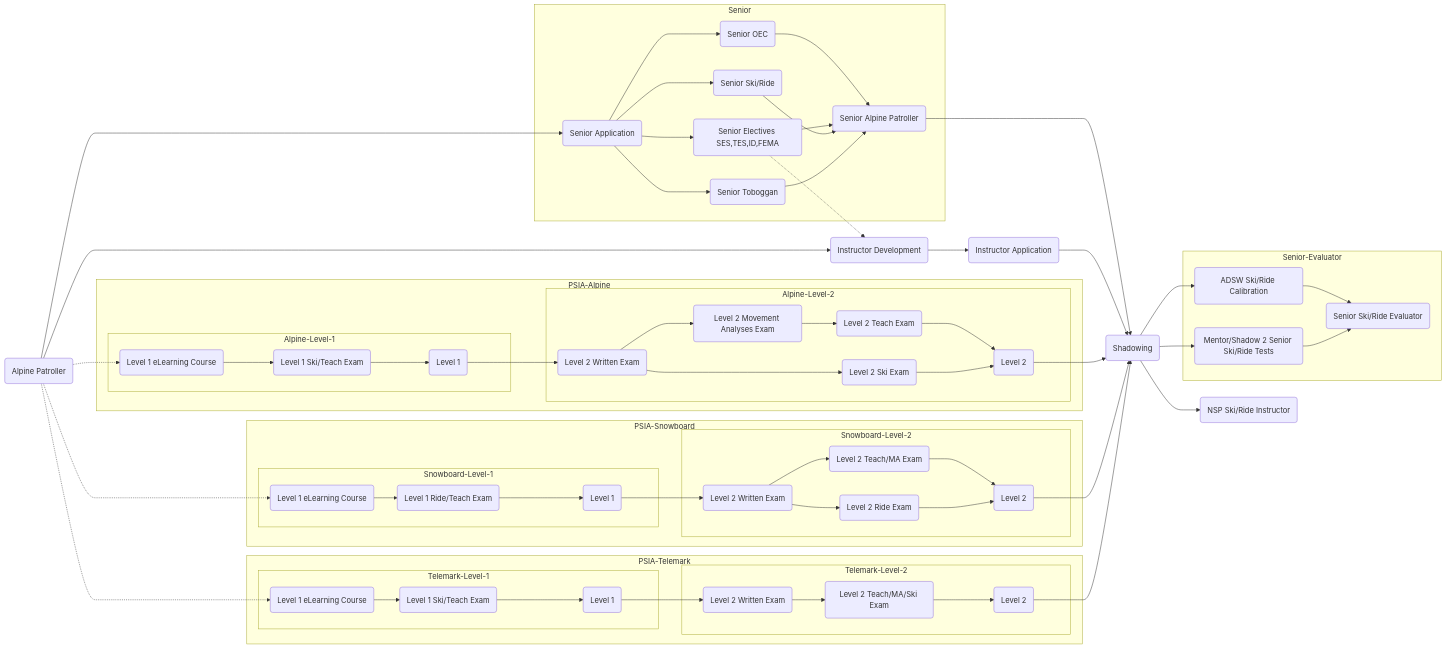
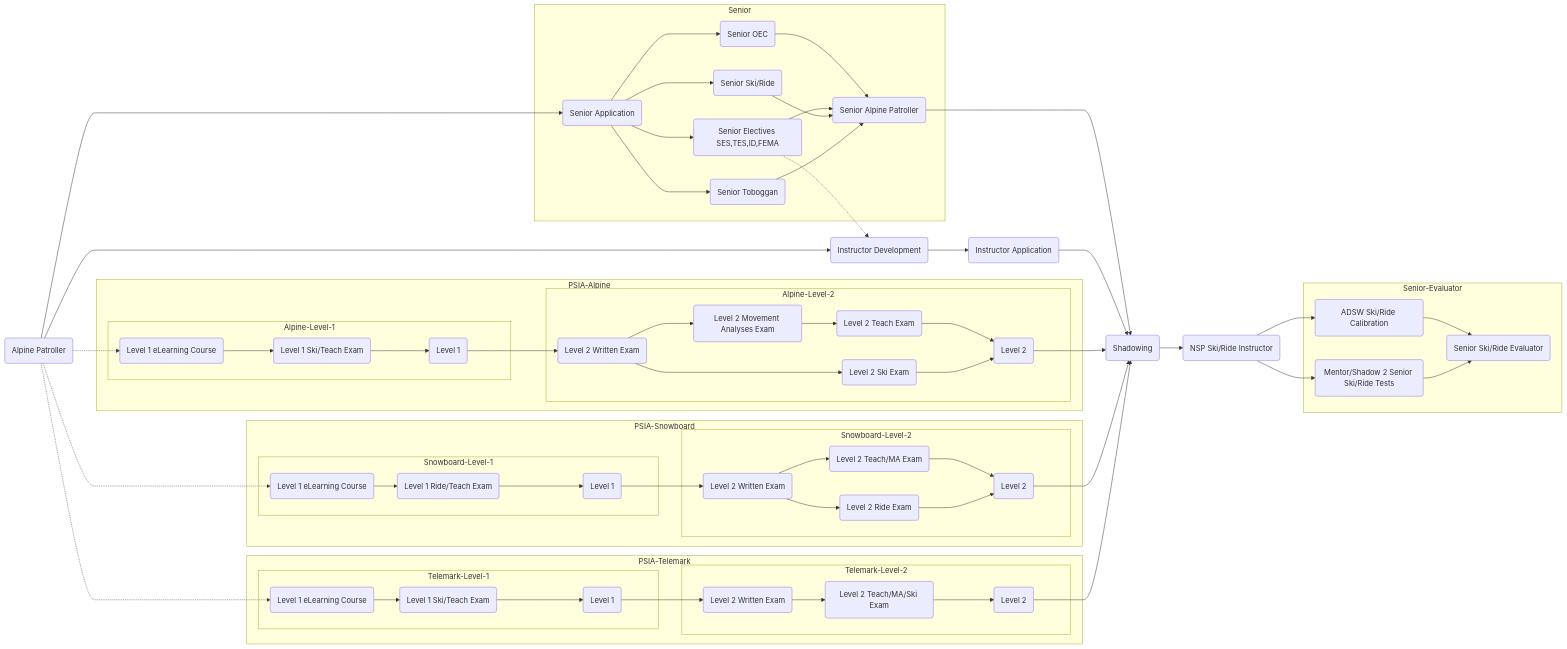
One commit to brookpatten/nsp-ohio-instructor-path changed the diagram in README.md. Above: the diagram before and after it, drawn with Mermaid.

````diff
--- a/README.md
+++ b/README.md
@@ -1,76 +1,76 @@
 ```mermaid
   flowchart LR;
       AP(Alpine Patroller) --> SPA(Senior Application);
       subgraph Senior
       SPA --> SOEC(Senior OEC);
       SPA --> SE(Senior Electives SES,TES,ID,FEMA);
       SPA --> SR(Senior Ski/Ride);
       SPA --> ST(Senior Toboggan);
       SOEC --> SP(Senior Alpine Patroller);
       SE --> SP;
       SR --> SP;
       ST --> SP;
       end
       SE -.-> ID;
       SP --> M;
       AP --> ID(Instructor Development);
       ID --> IA(Instructor Application);
       IA --> M(Shadowing);
       M --> SRI(NSP Ski/Ride Instructor);
       
       subgraph PSIA-Alpine
       subgraph Alpine-Level-1
       L1W(Level 1 eLearning Course) --> L1E(Level 1 Ski/Teach Exam);
       L1E --> L1C(Level 1);
       end
       L1C --> L2W;
       subgraph Alpine-Level-2
       L2W(Level 2 Written Exam) --> L2MA(Level 2 Movement Analyses Exam);
       L2MA --> L2T(Level 2 Teach Exam);
       L2W --> L2S(Level 2 Ski Exam);
       L2T --> L2C(Level 2);
       L2S --> L2C;
       end
       end
       
       subgraph PSIA-Snowboard
       subgraph Snowboard-Level-1
       BL1W(Level 1 eLearning Course) --> BL1E(Level 1 Ride/Teach Exam);
       BL1E --> BL1C(Level 1);
       end
       BL1C --> BL2W;
       subgraph Snowboard-Level-2
       BL2W(Level 2 Written Exam) --> BL2T(Level 2 Teach/MA Exam);
       BL2W --> BL2S(Level 2 Ride Exam);
       BL2T --> BL2C(Level 2);
       BL2S --> BL2C;
       end
       end
 
       subgraph PSIA-Telemark
       subgraph Telemark-Level-1
       TL1W(Level 1 eLearning Course) --> TL1E(Level 1 Ski/Teach Exam);
       TL1E --> TL1C(Level 1);
       end
       TL1C --> TL2W;
       subgraph Telemark-Level-2
       TL2W(Level 2 Written Exam) --> TL2T(Level 2 Teach/MA/Ski Exam);
       TL2T --> TL2C(Level 2);
       end
       end
       
       
       L2C --> M;
       BL2C --> M;
       TL2C --> M;
       AP -.-> L1W;
       AP -.-> BL1W;
       AP -.-> TL1W;
 
-      M --> ADSW(ADSW Ski/Ride Calibration);
-      M --> SH(Mentor/Shadow 2 Senior Ski/Ride Tests);
+      SRI --> ADSW(ADSW Ski/Ride Calibration);
+      SRI --> SH(Mentor/Shadow 2 Senior Ski/Ride Tests);
       subgraph Senior-Evaluator
       ADSW --> SS(Senior Ski/Ride Evaluator);
       SH --> SS;
       end
 ```
````
